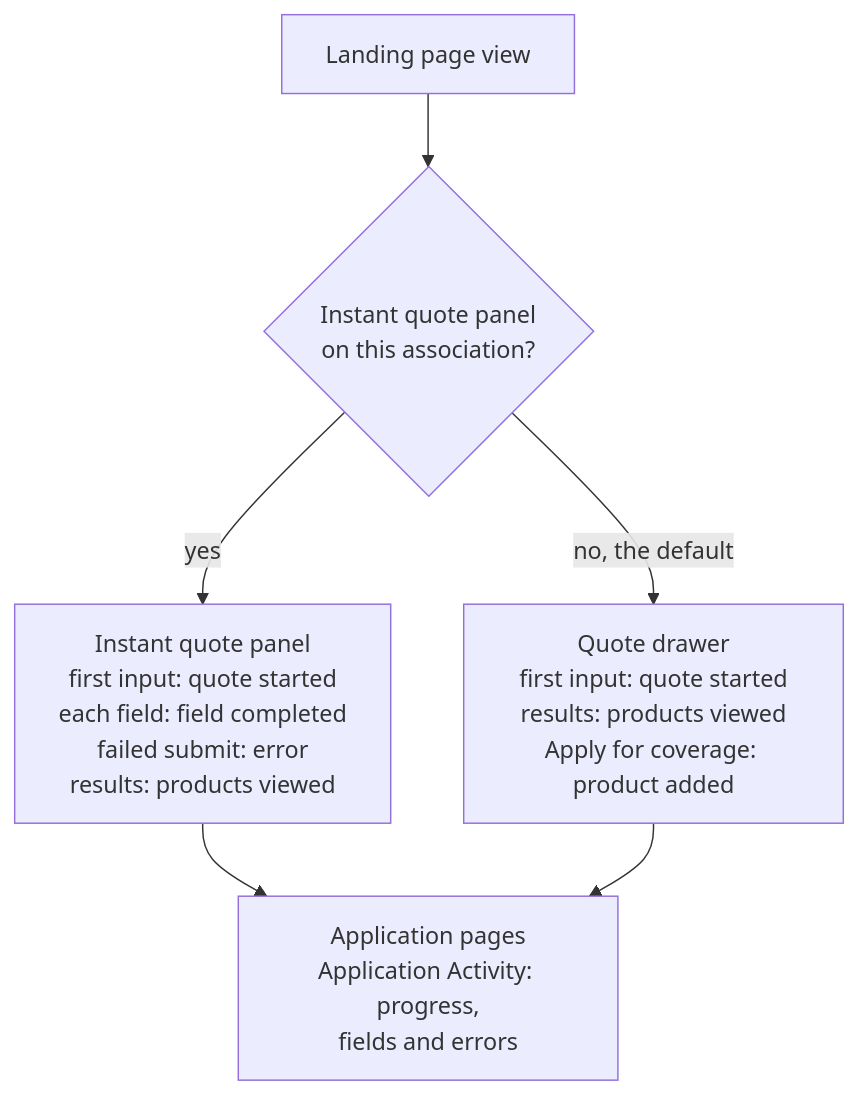
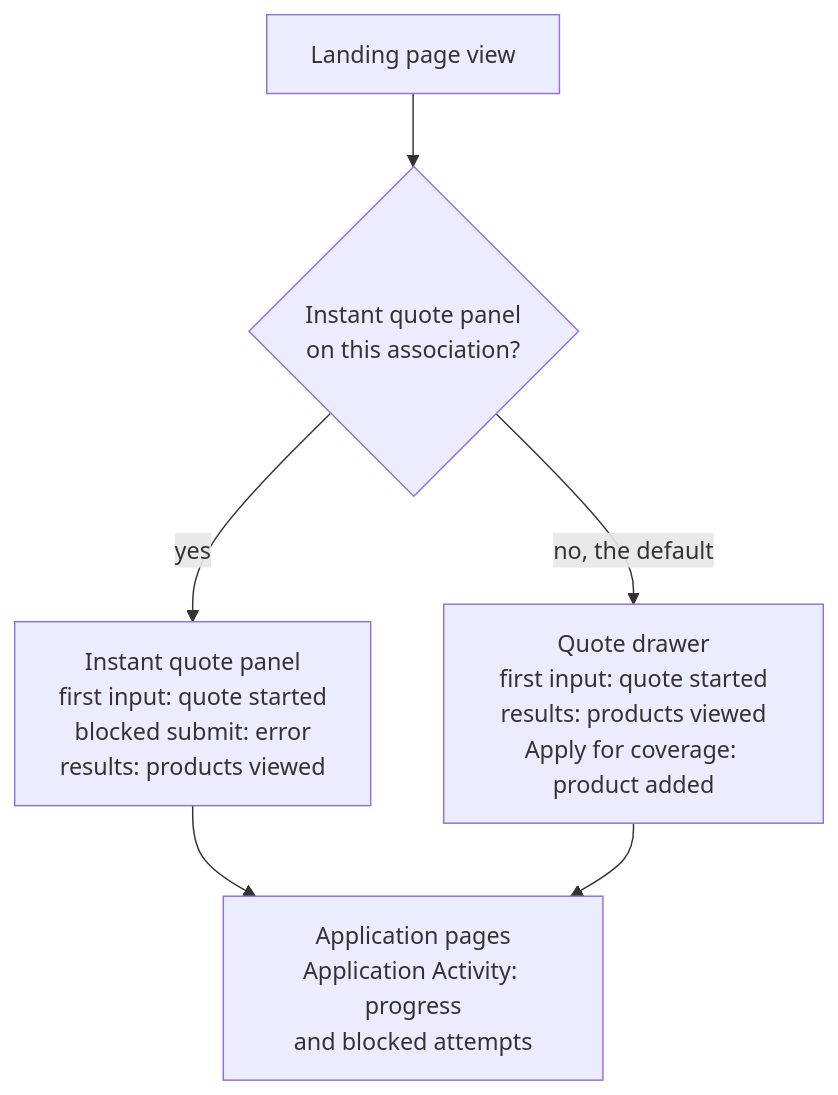
One commit to further-external/client-nyl-gmad-dl-spec changed the second of 2 diagrams in how-it-works.md. Above: the diagram before and after it, drawn with Mermaid. The commit also changed other lines of this file and 20 other files, not shown here.

````diff
--- a/how-it-works.md
+++ b/how-it-works.md
@@ -78,8 +80,8 @@
 ```mermaid
 flowchart TD
   L["Landing page view"] --> Q{"Instant quote panel<br/>on this association?"}
-  Q -->|"yes"| IQ["Instant quote panel<br/>first input: quote started<br/>each field: field completed<br/>failed submit: error<br/>results: products viewed"]
+  Q -->|"yes"| IQ["Instant quote panel<br/>first input: quote started<br/>blocked submit: error<br/>results: products viewed"]
   Q -->|"no, the default"| QD["Quote drawer<br/>first input: quote started<br/>results: products viewed<br/>Apply for coverage: product added"]
-  IQ --> APP["Application pages<br/>Application Activity: progress,<br/>fields and errors"]
+  IQ --> APP["Application pages<br/>Application Activity: progress<br/>and blocked attempts"]
   QD --> APP
 ```
````
